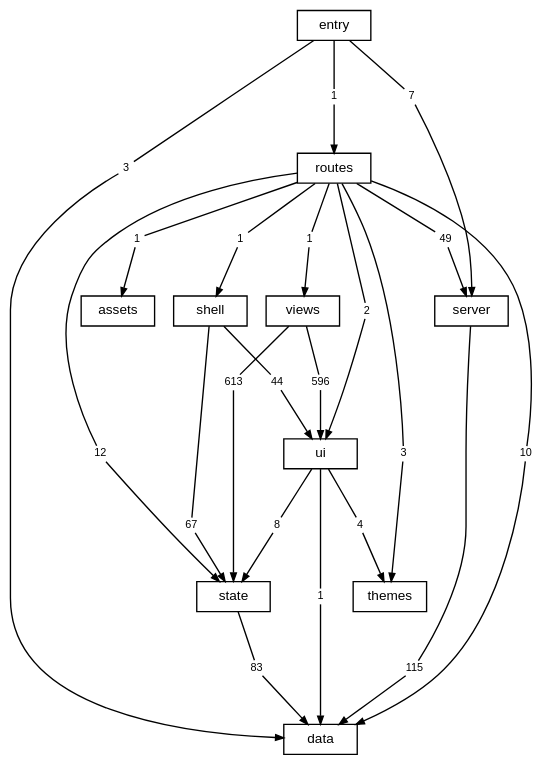
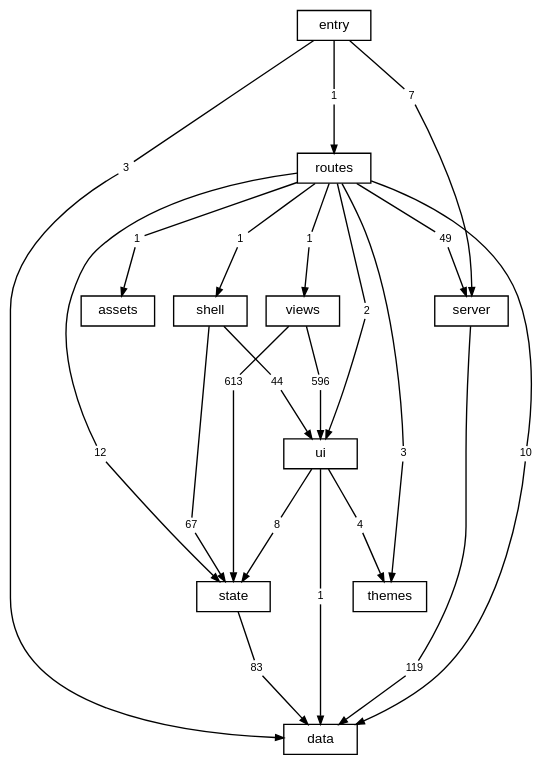
One commit to TheAxeC/oculus changed the diagram in docs/diagrams/layers.dot. Above: the diagram before and after it, drawn with Graphviz. The commit also changed 40 other files, not shown here.

```diff
--- a/docs/diagrams/layers.dot
+++ b/docs/diagrams/layers.dot
@@ -1,75 +1,75 @@
 digraph layers {
     graph [bgcolor="transparent", rankdir=TB, newrank=true, fontname="Helvetica,Arial,sans-serif", fontsize=12, nodesep=0.2, ranksep=0.5];
     node [shape=box, color="black", fontcolor="black", fontname="Helvetica,Arial,sans-serif", fontsize=10, height=0.3, margin="0.12,0.04"];
     edge [color="black", fontcolor="black", fontname="Helvetica,Arial,sans-serif", fontsize=8, arrowsize=0.6];
     "data";
     "server";
     "state";
     "ui";
     "shell";
     "views";
     "themes";
     "routes";
     "src" [label="entry"];
     "files: assets" [label="assets"];
     "routes to data" [label="10", shape=box, color="transparent", fontsize=8, width=0, height=0, margin="0.04,0.02"];
     "routes" -> "routes to data" [arrowhead=none];
     "routes to data" -> "data" [];
     "routes to files: assets" [label="1", shape=box, color="transparent", fontsize=8, width=0, height=0, margin="0.04,0.02"];
     "routes" -> "routes to files: assets" [arrowhead=none];
     "routes to files: assets" -> "files: assets" [];
     "routes to server" [label="49", shape=box, color="transparent", fontsize=8, width=0, height=0, margin="0.04,0.02"];
     "routes" -> "routes to server" [arrowhead=none];
     "routes to server" -> "server" [];
     "routes to shell" [label="1", shape=box, color="transparent", fontsize=8, width=0, height=0, margin="0.04,0.02"];
     "routes" -> "routes to shell" [arrowhead=none];
     "routes to shell" -> "shell" [];
     "routes to state" [label="12", shape=box, color="transparent", fontsize=8, width=0, height=0, margin="0.04,0.02"];
     "routes" -> "routes to state" [arrowhead=none];
     "routes to state" -> "state" [];
     "routes to themes" [label="3", shape=box, color="transparent", fontsize=8, width=0, height=0, margin="0.04,0.02"];
     "routes" -> "routes to themes" [arrowhead=none];
     "routes to themes" -> "themes" [];
     "routes to ui" [label="2", shape=box, color="transparent", fontsize=8, width=0, height=0, margin="0.04,0.02"];
     "routes" -> "routes to ui" [arrowhead=none];
     "routes to ui" -> "ui" [];
     "routes to views" [label="1", shape=box, color="transparent", fontsize=8, width=0, height=0, margin="0.04,0.02"];
     "routes" -> "routes to views" [arrowhead=none];
     "routes to views" -> "views" [];
-    "server to data" [label="115", shape=box, color="transparent", fontsize=8, width=0, height=0, margin="0.04,0.02"];
+    "server to data" [label="119", shape=box, color="transparent", fontsize=8, width=0, height=0, margin="0.04,0.02"];
     "server" -> "server to data" [arrowhead=none];
     "server to data" -> "data" [];
     "shell to state" [label="67", shape=box, color="transparent", fontsize=8, width=0, height=0, margin="0.04,0.02"];
     "shell" -> "shell to state" [arrowhead=none];
     "shell to state" -> "state" [];
     "shell to ui" [label="44", shape=box, color="transparent", fontsize=8, width=0, height=0, margin="0.04,0.02"];
     "shell" -> "shell to ui" [arrowhead=none];
     "shell to ui" -> "ui" [];
     "src to data" [label="3", shape=box, color="transparent", fontsize=8, width=0, height=0, margin="0.04,0.02"];
     "src" -> "src to data" [arrowhead=none];
     "src to data" -> "data" [];
     "src to routes" [label="1", shape=box, color="transparent", fontsize=8, width=0, height=0, margin="0.04,0.02"];
     "src" -> "src to routes" [arrowhead=none];
     "src to routes" -> "routes" [];
     "src to server" [label="7", shape=box, color="transparent", fontsize=8, width=0, height=0, margin="0.04,0.02"];
     "src" -> "src to server" [arrowhead=none];
     "src to server" -> "server" [];
     "state to data" [label="83", shape=box, color="transparent", fontsize=8, width=0, height=0, margin="0.04,0.02"];
     "state" -> "state to data" [arrowhead=none];
     "state to data" -> "data" [];
     "ui to data" [label="1", shape=box, color="transparent", fontsize=8, width=0, height=0, margin="0.04,0.02"];
     "ui" -> "ui to data" [arrowhead=none];
     "ui to data" -> "data" [];
     "ui to state" [label="8", shape=box, color="transparent", fontsize=8, width=0, height=0, margin="0.04,0.02"];
     "ui" -> "ui to state" [arrowhead=none];
     "ui to state" -> "state" [];
     "ui to themes" [label="4", shape=box, color="transparent", fontsize=8, width=0, height=0, margin="0.04,0.02"];
     "ui" -> "ui to themes" [arrowhead=none];
     "ui to themes" -> "themes" [];
     "views to state" [label="613", shape=box, color="transparent", fontsize=8, width=0, height=0, margin="0.04,0.02"];
     "views" -> "views to state" [arrowhead=none];
     "views to state" -> "state" [];
     "views to ui" [label="596", shape=box, color="transparent", fontsize=8, width=0, height=0, margin="0.04,0.02"];
     "views" -> "views to ui" [arrowhead=none];
     "views to ui" -> "ui" [];
 }
```
